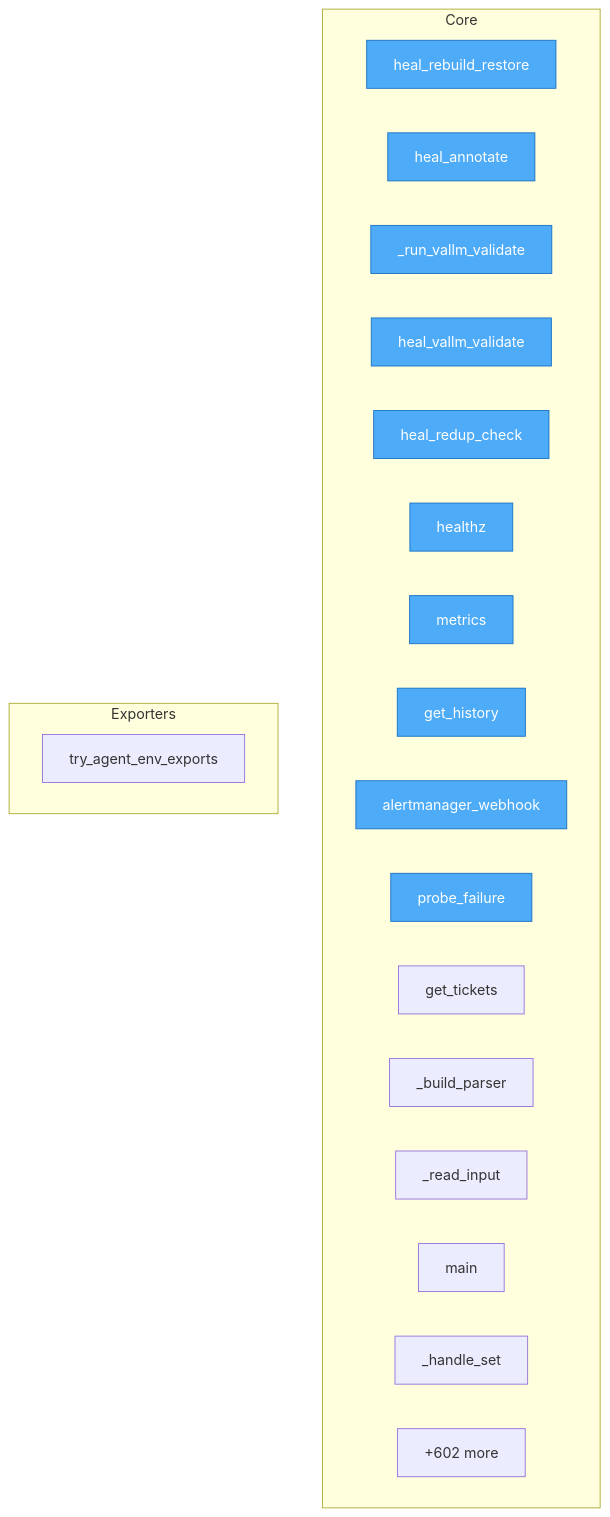
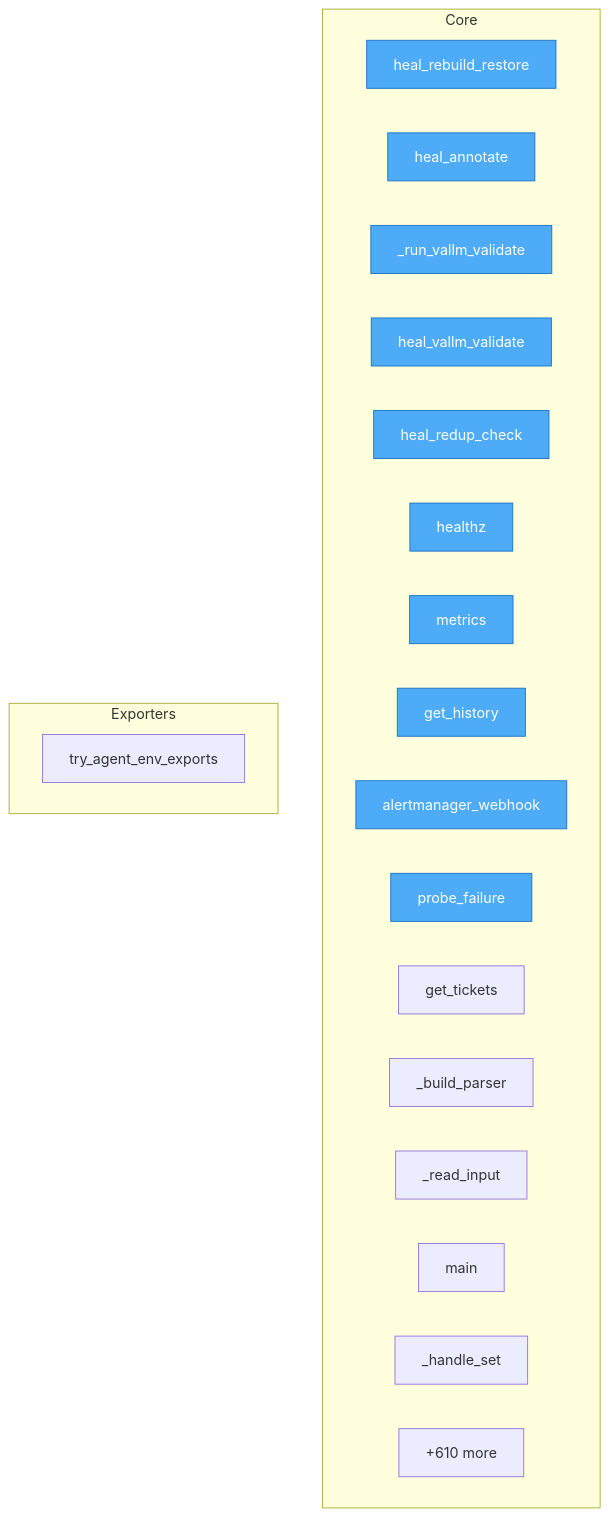
Before and after one commit to semcod/koru: the diagram in project/flow.mmd, drawn with Mermaid. The commit also changed 35 other files, not shown here.

```diff
--- a/project/flow.mmd
+++ b/project/flow.mmd
@@ -1,30 +1,30 @@
 flowchart TD
-%% generated in 0.07s
+%% generated in 0.09s
 
     %% Entry points (blue)
     classDef entry fill:#4dabf7,stroke:#1971c2,color:#fff
 
     subgraph Core
         services__healing_webhook__app__heal_rebuild_restore["heal_rebuild_restore"]
         services__healing_webhook__app__heal_annotate["heal_annotate"]
         services__healing_webhook__app___run_vallm_validate["_run_vallm_validate"]
         services__healing_webhook__app__heal_vallm_validate["heal_vallm_validate"]
         services__healing_webhook__app__heal_redup_check["heal_redup_check"]
         services__healing_webhook__app__healthz["healthz"]
         services__healing_webhook__app__metrics["metrics"]
         services__healing_webhook__app__get_history["get_history"]
         services__healing_webhook__app__alertmanager_webhook["alertmanager_webhook"]
         services__healing_webhook__app__probe_failure["probe_failure"]
         services__healing_webhook__app__get_tickets["get_tickets"]
         src__korudsl__cli___build_parser["_build_parser"]
         src__korudsl__cli___read_input["_read_input"]
         src__korudsl__cli__main["main"]
         src__korudsl__library___handle_set["_handle_set"]
-        ...["+602 more"]
+        ...["+610 more"]
     end
 
     subgraph Exporters
         src__koru__agent_cli_helpers__try_agent_env_exports["try_agent_env_exports"]
     end
 
     class services__healing_webhook__app__heal_rebuild_restore,services__healing_webhook__app__heal_annotate,services__healing_webhook__app___run_vallm_validate,services__healing_webhook__app__heal_vallm_validate,services__healing_webhook__app__heal_redup_check,services__healing_webhook__app__healthz,services__healing_webhook__app__metrics,services__healing_webhook__app__get_history,services__healing_webhook__app__alertmanager_webhook,services__healing_webhook__app__probe_failure entry
```
